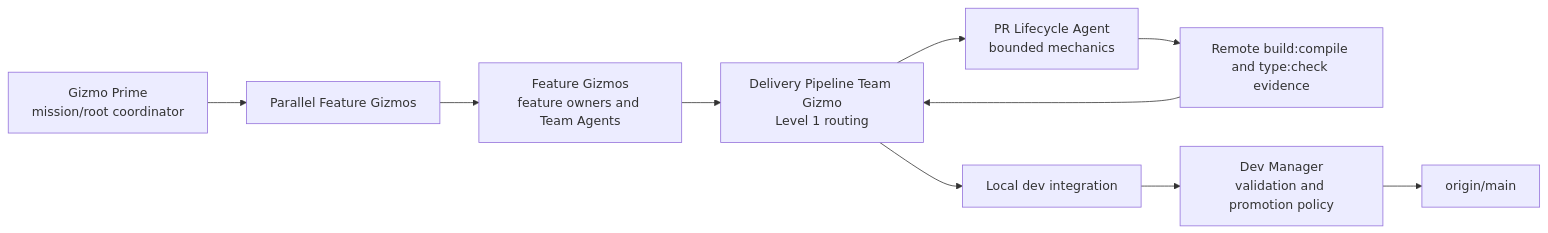
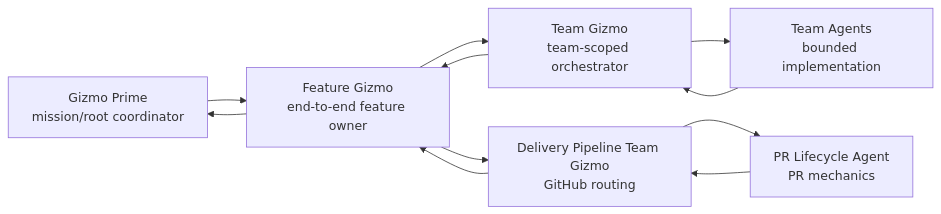
One commit to meta-secret/nook changed the second of 7 diagrams in .cortex/gizmo-prime/architecture/multiagent-delivery-diagrams.md. Above: the diagram before and after it, drawn with Mermaid. The commit also changed other lines of this file and 77 other files, not shown here.

````diff
--- a/.cortex/gizmo-prime/architecture/multiagent-delivery-diagrams.md
+++ b/.cortex/gizmo-prime/architecture/multiagent-delivery-diagrams.md
@@ -181,16 +60,14 @@
 ```mermaid
 flowchart LR
     Prime["Gizmo Prime<br/>mission/root coordinator"]
-    Feature["Feature Gizmos<br/>feature owners and Team Agents"]
-    Pipeline["Delivery Pipeline Team Gizmo<br/>Level 1 routing"]
-    Steward["PR Lifecycle Agent<br/>bounded mechanics"]
-    Checks["Remote build:compile and type:check evidence"]
-    Parallel["Parallel Feature Gizmos"]
-    Dev["Local dev integration"]
-    Validation["Dev Manager<br/>validation and promotion policy"]
-    Main["origin/main"]
+    Feature["Feature Gizmo<br/>end-to-end feature owner"]
+    Team["Team Gizmo<br/>team-scoped orchestrator"]
+    Agents["Team Agents<br/>bounded implementation"]
+    Pipeline["Delivery Pipeline Team Gizmo<br/>GitHub routing"]
+    PR["PR Lifecycle Agent<br/>PR mechanics"]
 
-    Prime --> Parallel
-    Parallel --> Feature --> Pipeline --> Steward --> Checks
-    Checks --> Pipeline --> Dev --> Validation --> Main
+    Prime --> Feature --> Team --> Agents
+    Agents --> Team --> Feature
+    Feature --> Pipeline --> PR
+    PR --> Pipeline --> Feature --> Prime
 ```
````
